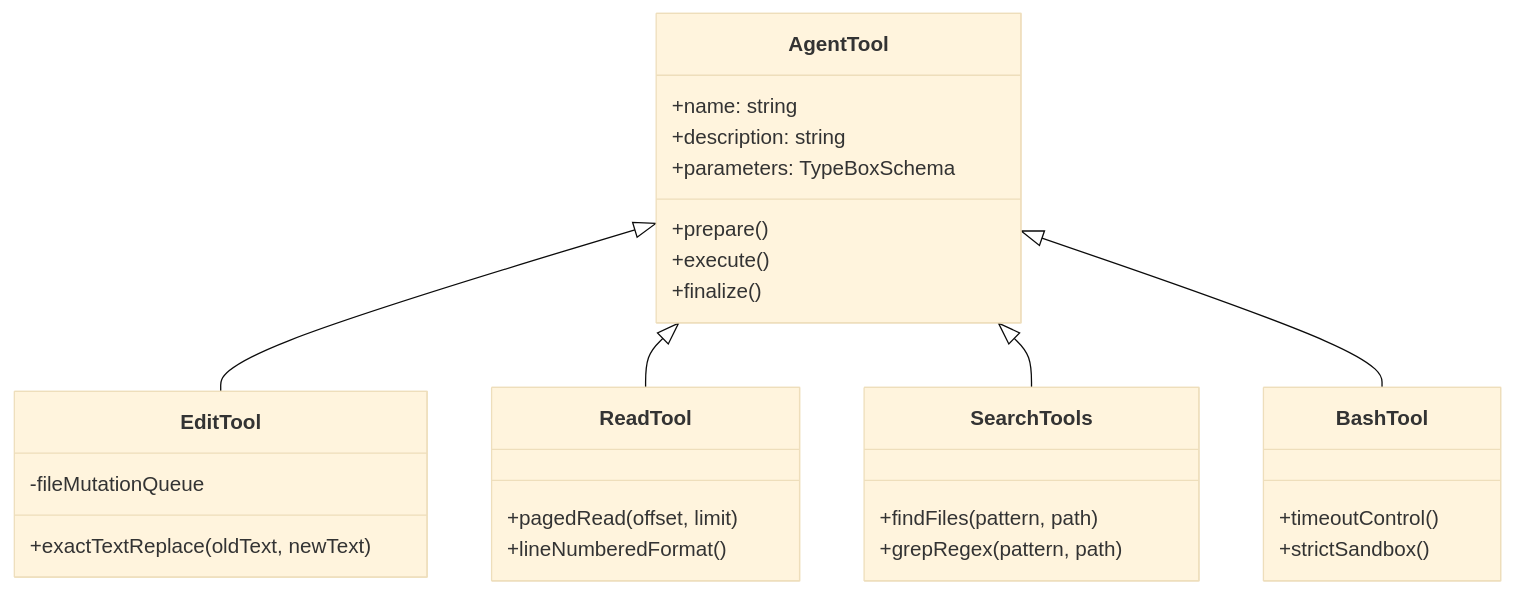
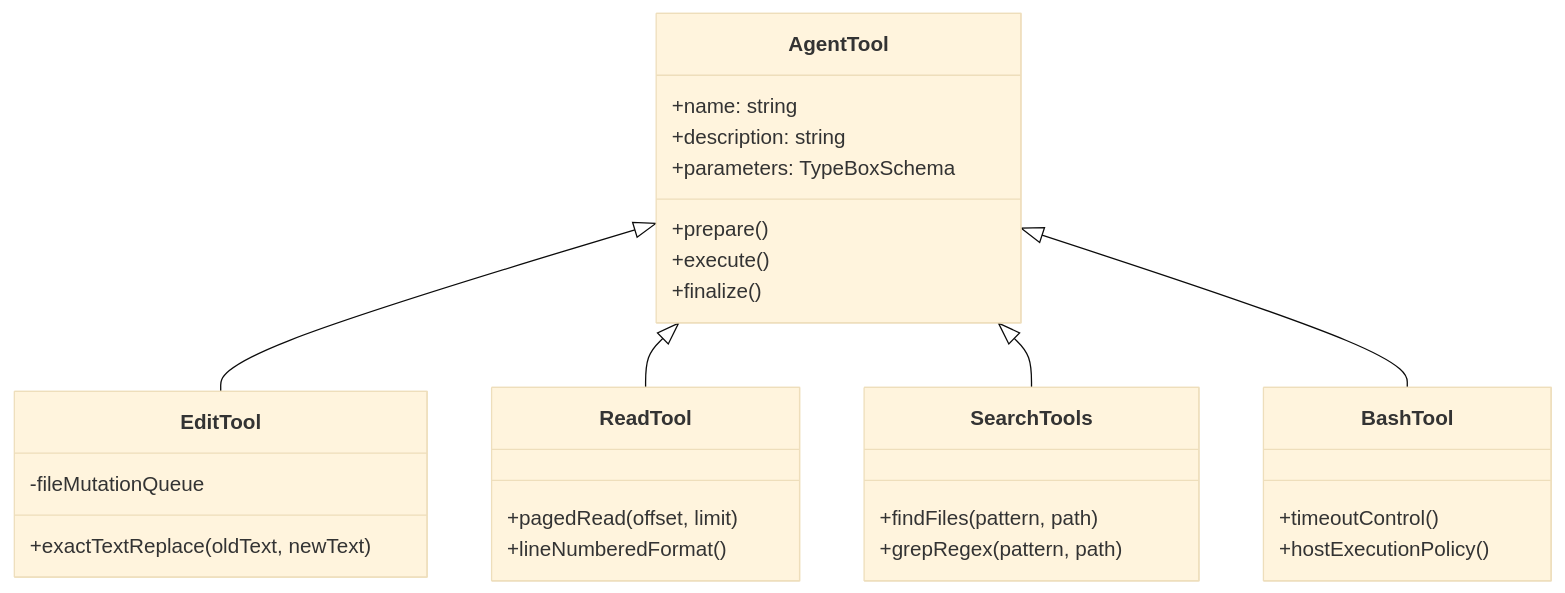
One commit to zhaoge0202/zhaoge_blog changed the fourth of 4 diagrams in src/blog/practice/2026-10-29-pi-agent-runtime-architecture.md. Above: the diagram before and after it, drawn with Mermaid (base theme). The commit also changed other lines of this file and 44 other files, not shown here.

````diff
--- a/src/blog/practice/2026-10-29-pi-agent-runtime-architecture.md
+++ b/src/blog/practice/2026-10-29-pi-agent-runtime-architecture.md
@@ -328,32 +332,32 @@
 ```mermaid
 classDiagram
     class AgentTool {
         +name: string
         +description: string
         +parameters: TypeBoxSchema
         +prepare()
         +execute()
         +finalize()
     }
     class EditTool {
         -fileMutationQueue
         +exactTextReplace(oldText, newText)
     }
     class ReadTool {
         +pagedRead(offset, limit)
         +lineNumberedFormat()
     }
     class SearchTools {
         +findFiles(pattern, path)
         +grepRegex(pattern, path)
     }
     class BashTool {
         +timeoutControl()
-        +strictSandbox()
+        +hostExecutionPolicy()
     }
 
     AgentTool <|-- EditTool
     AgentTool <|-- ReadTool
     AgentTool <|-- SearchTools
     AgentTool <|-- BashTool
 ```
````
